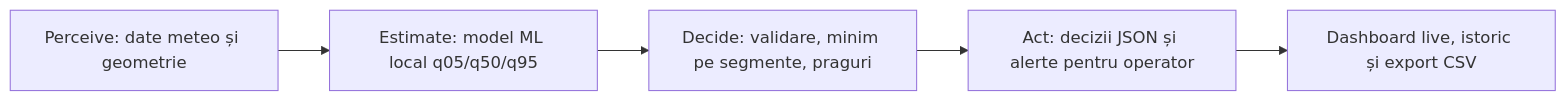
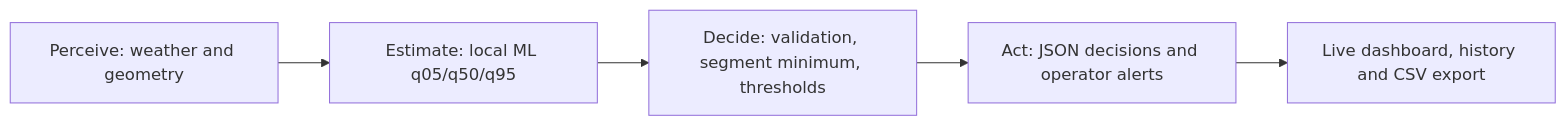
Before and after one commit to Fandrei19/Smarthack: the diagram in README.md, drawn with Mermaid. The commit also changed other lines of this file and 1 other file, not shown here.

````diff
--- a/README.md
+++ b/README.md
@@ -17,7 +17,7 @@
 ```mermaid
 flowchart LR
-    A[Perceive: date meteo și geometrie] --> B[Estimate: model ML local q05/q50/q95]
-    B --> C[Decide: validare, minim pe segmente, praguri]
-    C --> D[Act: decizii JSON și alerte pentru operator]
-    D --> E[Dashboard live, istoric și export CSV]
+    A[Perceive: weather and geometry] --> B[Estimate: local ML q05/q50/q95]
+    B --> C[Decide: validation, segment minimum, thresholds]
+    C --> D[Act: JSON decisions and operator alerts]
+    D --> E[Live dashboard, history and CSV export]
 ```
````
